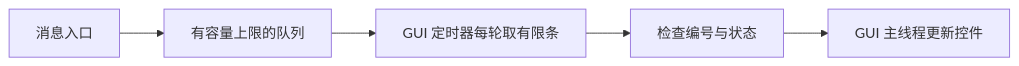
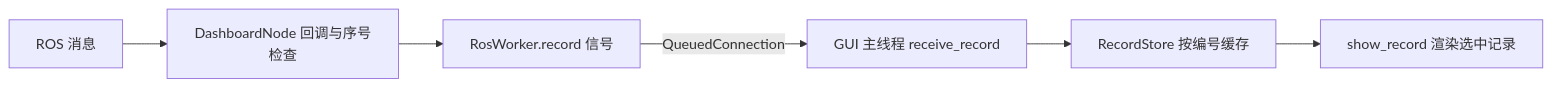
Before and after one commit to dreamcather726/ai-interaction-ui: the first of 2 diagrams in docs/知识点/第二周/机器人可视化与监控工程师｜第二周专业知识自学清单.md, drawn with Mermaid. The commit also changed other lines of this file and 3 other files, not shown here.

````diff
--- a/docs/知识点/第二周/机器人可视化与监控工程师｜第二周专业知识自学清单.md
+++ b/docs/知识点/第二周/机器人可视化与监控工程师｜第二周专业知识自学清单.md
@@ -109,7 +9,8 @@
 ```mermaid
 flowchart LR
-    A[消息入口] --> B[有容量上限的队列]
-    B --> C[GUI 定时器每轮取有限条]
-    C --> D[检查编号与状态]
-    D --> E[GUI 主线程更新控件]
+    A[ROS 消息] --> B[DashboardNode 回调与序号检查]
+    B --> C[RosWorker.record 信号]
+    C -->|QueuedConnection| D[GUI 主线程 receive_record]
+    D --> E[RecordStore 按编号缓存]
+    E --> F[show_record 渲染选中记录]
 ```
````
